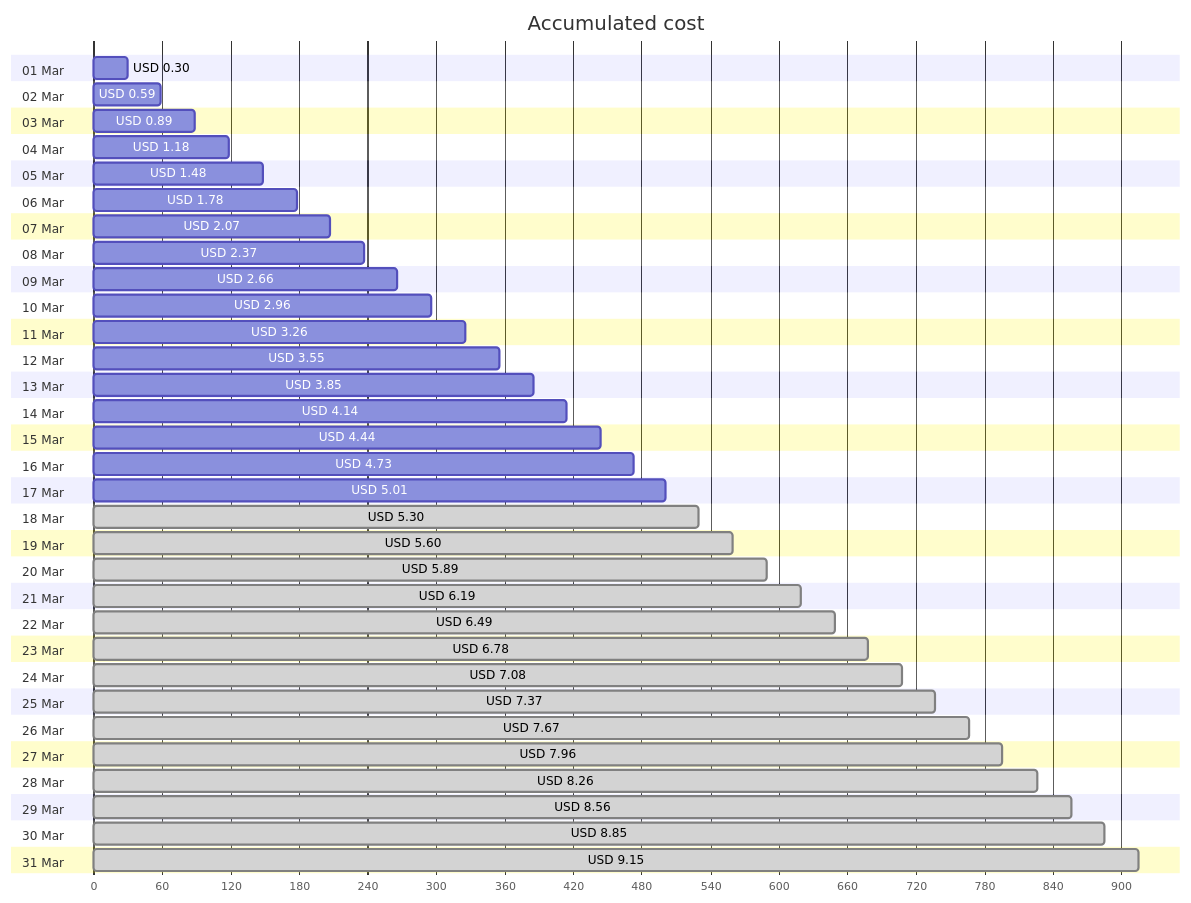
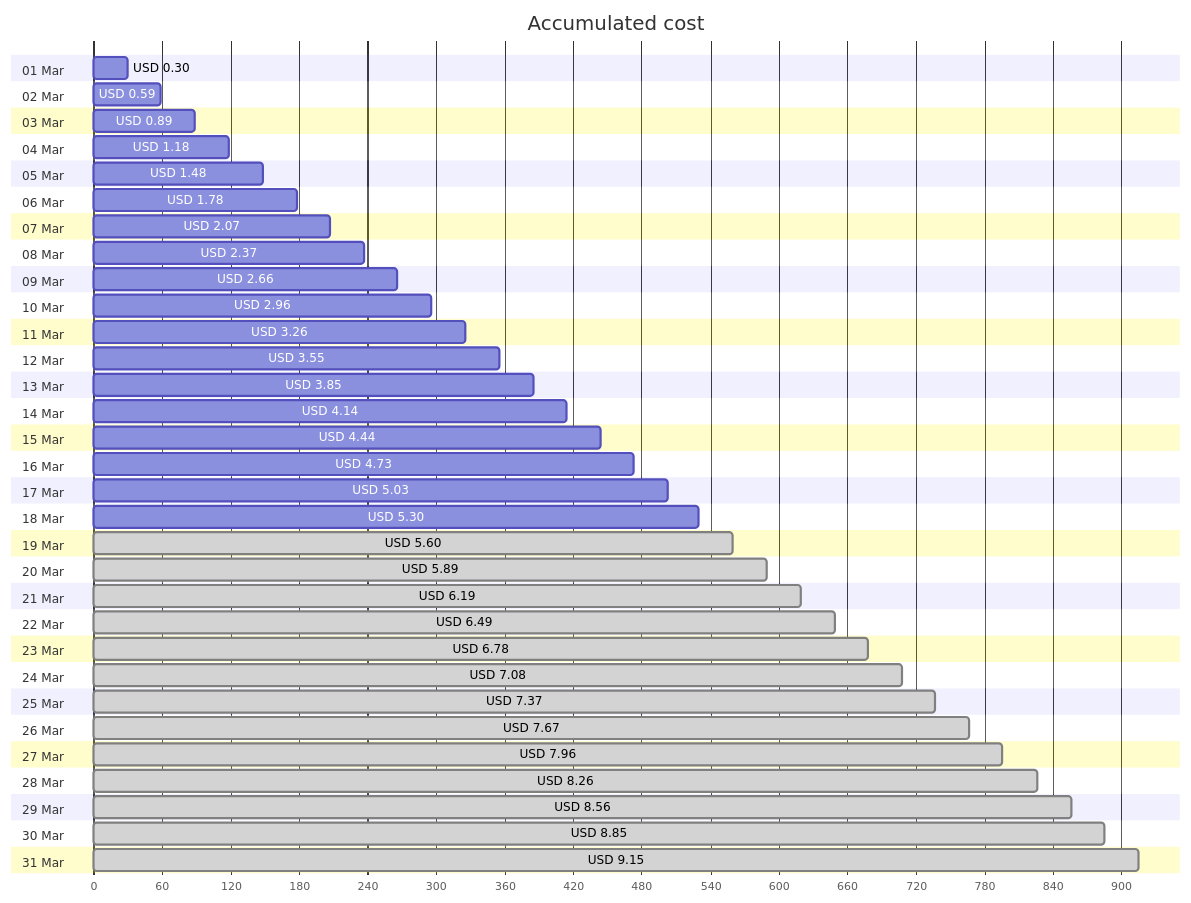
Before and after one commit to jpfulton/azure-personal-reports: the first of 4 diagrams in cost-reports/personal-site/personal-site-preview.md, drawn with Mermaid. The commit also changed other lines of this file and 6 other files, not shown here.

````diff
--- a/cost-reports/personal-site/personal-site-preview.md
+++ b/cost-reports/personal-site/personal-site-preview.md
@@ -20,68 +20,68 @@
 ```mermaid
 gantt
    title Accumulated cost
    dateFormat  X
    axisFormat %s
    section 01 Mar
    USD 0.30 :0, 30
    section 02 Mar
    USD 0.59 :0, 59
    section 03 Mar
    USD 0.89 :0, 89
    section 04 Mar
    USD 1.18 :0, 118
    section 05 Mar
    USD 1.48 :0, 148
    section 06 Mar
    USD 1.78 :0, 178
    section 07 Mar
    USD 2.07 :0, 207
    section 08 Mar
    USD 2.37 :0, 237
    section 09 Mar
    USD 2.66 :0, 266
    section 10 Mar
    USD 2.96 :0, 296
    section 11 Mar
    USD 3.26 :0, 326
    section 12 Mar
    USD 3.55 :0, 355
    section 13 Mar
    USD 3.85 :0, 385
    section 14 Mar
    USD 4.14 :0, 414
    section 15 Mar
    USD 4.44 :0, 444
    section 16 Mar
    USD 4.73 :0, 473
    section 17 Mar
-   USD 5.01 :0, 501
+   USD 5.03 :0, 503
    section 18 Mar
-   USD 5.30 : done, 0, 530
+   USD 5.30 :0, 530
    section 19 Mar
    USD 5.60 : done, 0, 560
    section 20 Mar
    USD 5.89 : done, 0, 589
    section 21 Mar
    USD 6.19 : done, 0, 619
    section 22 Mar
    USD 6.49 : done, 0, 649
    section 23 Mar
    USD 6.78 : done, 0, 678
    section 24 Mar
    USD 7.08 : done, 0, 708
    section 25 Mar
    USD 7.37 : done, 0, 737
    section 26 Mar
    USD 7.67 : done, 0, 767
    section 27 Mar
    USD 7.96 : done, 0, 796
    section 28 Mar
    USD 8.26 : done, 0, 826
    section 29 Mar
    USD 8.56 : done, 0, 856
    section 30 Mar
    USD 8.85 : done, 0, 885
    section 31 Mar
    USD 9.15 : done, 0, 915
 ```
````
